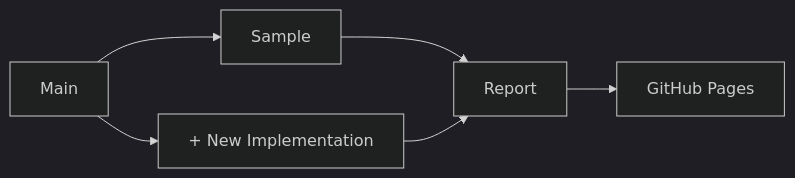
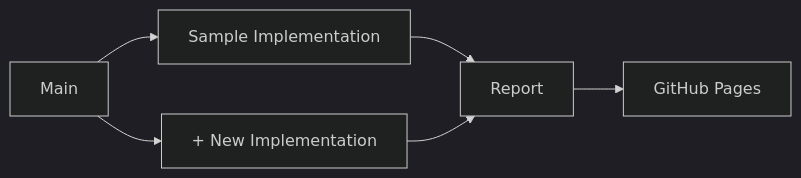
Before and after one commit to transmute-industries/vc-jwt-test-suite: the diagram in README.md, drawn with Mermaid (dark theme). The commit also changed other lines of this file, not shown here.

````diff
--- a/README.md
+++ b/README.md
@@ -11,10 +13,11 @@
 ```mermaid
 graph LR
   Pages["GitHub Pages"]
+  Sample["Sample Implementation"]
   NewImp["+ New Implementation"]
 	Main --> Sample
   Main --> NewImp
   Sample --> Report
   NewImp  --> Report
   Report --> Pages
 ```
````
